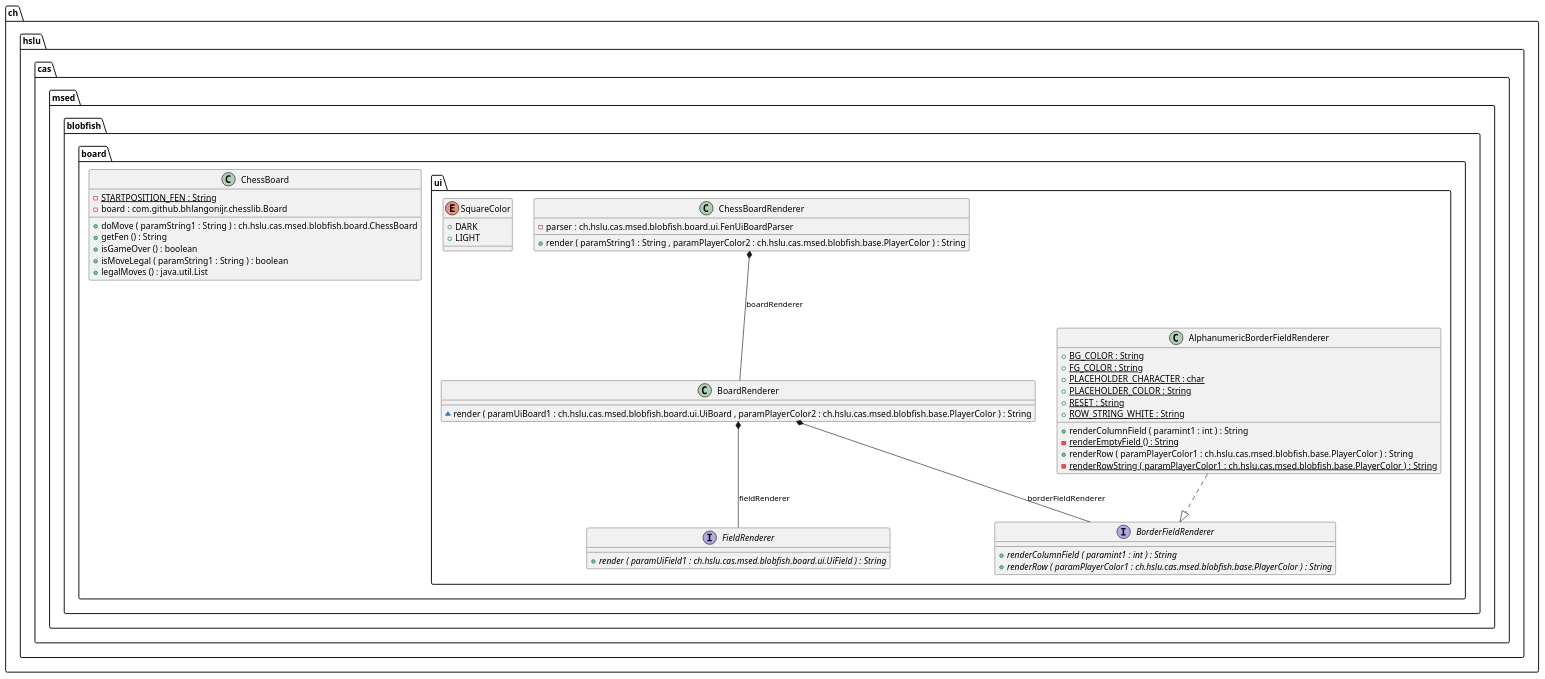
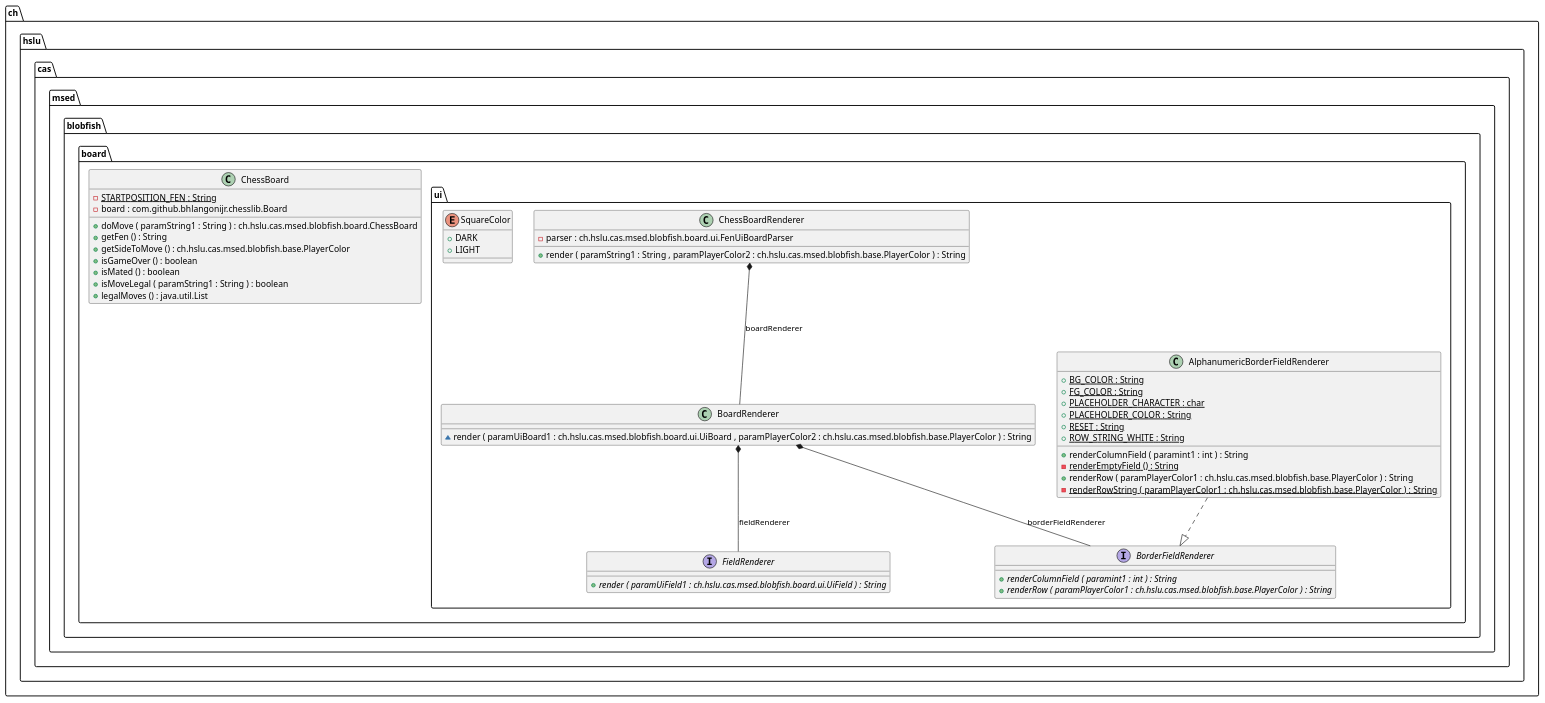
Before and after one commit to l2c0r3/blobfish: the diagram in docs/generated-diagrams/board.puml, drawn with PlantUML. The commit also changed 5 other files, not shown here.

Commit message:
update generated UML diagrams

```diff
--- a/docs/generated-diagrams/board.puml
+++ b/docs/generated-diagrams/board.puml
@@ -1,64 +1,66 @@
 @startuml
 
 class ch.hslu.cas.msed.blobfish.board.ChessBoard {
 	{field} {static} -STARTPOSITION_FEN : String
 	{field} -board : com.github.bhlangonijr.chesslib.Board
 	{method} +doMove ( paramString1 : String ) : ch.hslu.cas.msed.blobfish.board.ChessBoard
 	{method} +getFen () : String
+	{method} +getSideToMove () : ch.hslu.cas.msed.blobfish.base.PlayerColor
 	{method} +isGameOver () : boolean
+	{method} +isMated () : boolean
 	{method} +isMoveLegal ( paramString1 : String ) : boolean
 	{method} +legalMoves () : java.util.List
 }
 
 
 class ch.hslu.cas.msed.blobfish.board.ui.AlphanumericBorderFieldRenderer {
 	{field} {static} +BG_COLOR : String
 	{field} {static} +FG_COLOR : String
 	{field} {static} +PLACEHOLDER_CHARACTER : char
 	{field} {static} +PLACEHOLDER_COLOR : String
 	{field} {static} +RESET : String
 	{field} {static} +ROW_STRING_WHITE : String
 	{method} +renderColumnField ( paramint1 : int ) : String
 	{method}  {static} -renderEmptyField () : String
 	{method} +renderRow ( paramPlayerColor1 : ch.hslu.cas.msed.blobfish.base.PlayerColor ) : String
 	{method}  {static} -renderRowString ( paramPlayerColor1 : ch.hslu.cas.msed.blobfish.base.PlayerColor ) : String
 }
 
 
 class ch.hslu.cas.msed.blobfish.board.ui.BoardRenderer {
 	{method} ~render ( paramUiBoard1 : ch.hslu.cas.msed.blobfish.board.ui.UiBoard , paramPlayerColor2 : ch.hslu.cas.msed.blobfish.base.PlayerColor ) : String
 }
 
 
 interface ch.hslu.cas.msed.blobfish.board.ui.BorderFieldRenderer {
 	{method}  {abstract} +renderColumnField ( paramint1 : int ) : String
 	{method}  {abstract} +renderRow ( paramPlayerColor1 : ch.hslu.cas.msed.blobfish.base.PlayerColor ) : String
 }
 
 
 class ch.hslu.cas.msed.blobfish.board.ui.ChessBoardRenderer {
 	{field} -parser : ch.hslu.cas.msed.blobfish.board.ui.FenUiBoardParser
 	{method} +render ( paramString1 : String , paramPlayerColor2 : ch.hslu.cas.msed.blobfish.base.PlayerColor ) : String
 }
 
 
 interface ch.hslu.cas.msed.blobfish.board.ui.FieldRenderer {
 	{method}  {abstract} +render ( paramUiField1 : ch.hslu.cas.msed.blobfish.board.ui.UiField ) : String
 }
 
 
 enum ch.hslu.cas.msed.blobfish.board.ui.SquareColor {
 	{field} +DARK
 	{field} +LIGHT
 }
 
 
 
 
 ch.hslu.cas.msed.blobfish.board.ui.AlphanumericBorderFieldRenderer ..|>  ch.hslu.cas.msed.blobfish.board.ui.BorderFieldRenderer
 ch.hslu.cas.msed.blobfish.board.ui.BoardRenderer *--  ch.hslu.cas.msed.blobfish.board.ui.BorderFieldRenderer : borderFieldRenderer
 ch.hslu.cas.msed.blobfish.board.ui.BoardRenderer *--  ch.hslu.cas.msed.blobfish.board.ui.FieldRenderer : fieldRenderer
 ch.hslu.cas.msed.blobfish.board.ui.ChessBoardRenderer *--  ch.hslu.cas.msed.blobfish.board.ui.BoardRenderer : boardRenderer
 
 
 @enduml
```
